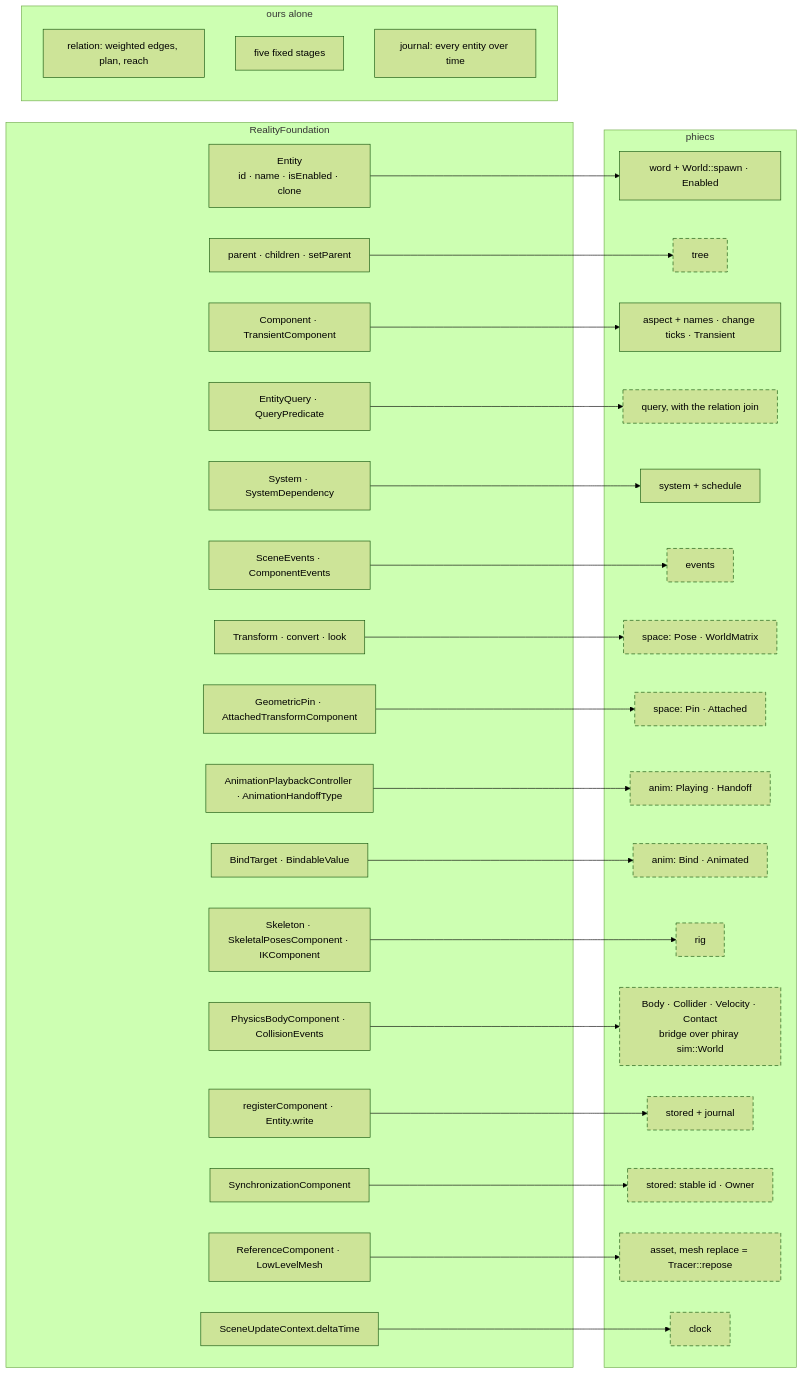
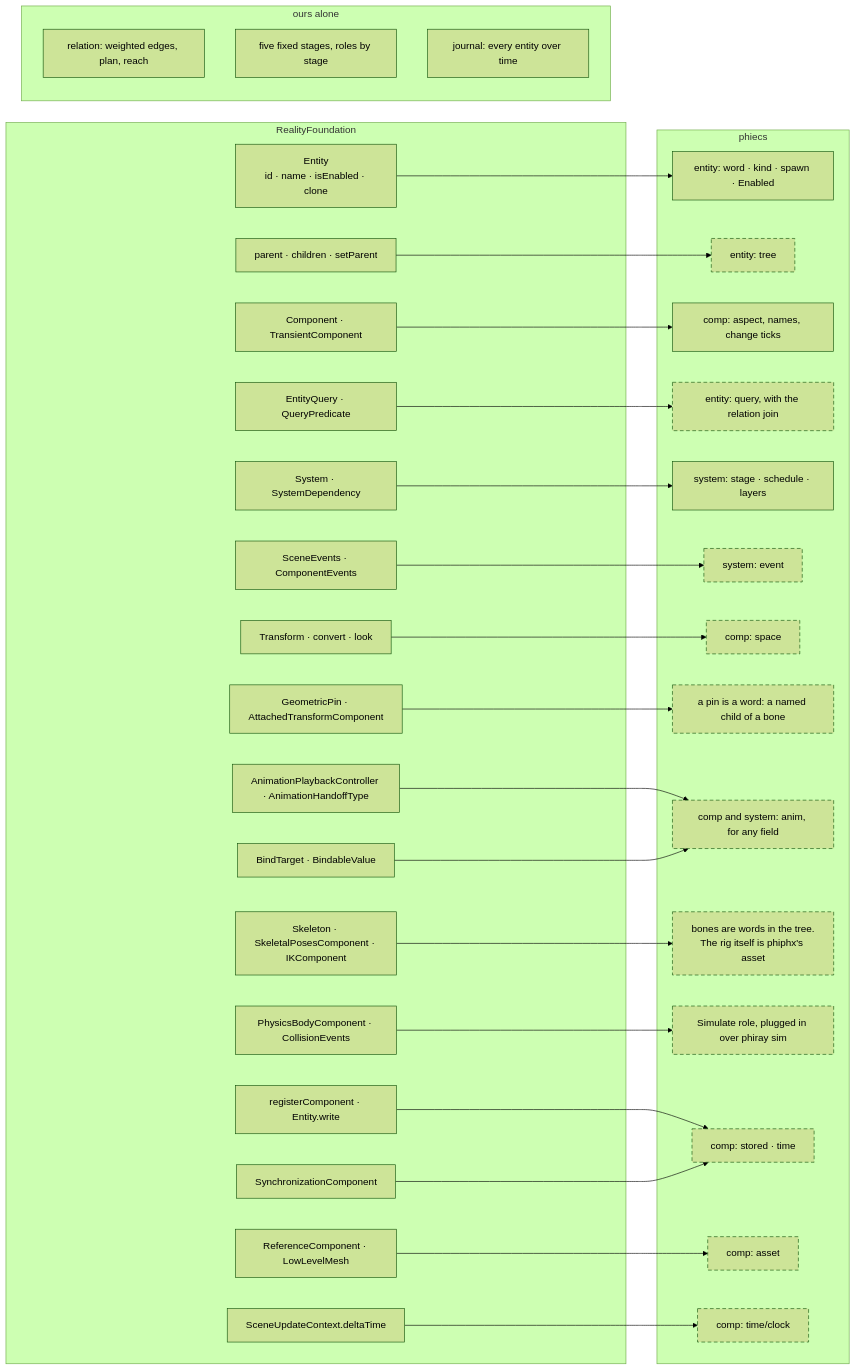
One commit to gemphi/phikit changed the third of 3 diagrams in crates/phicore/phiecs/ARCHITECTURE.md. Above: the diagram before and after it, drawn with Mermaid (forest theme). The commit also changed other lines of this file and 21 other files, not shown here.

````diff
--- a/crates/phicore/phiecs/ARCHITECTURE.md
+++ b/crates/phicore/phiecs/ARCHITECTURE.md
@@ -68,62 +96,60 @@
 ```mermaid
 graph LR
     subgraph apple["RealityFoundation"]
         a_entity["Entity<br/>id · name · isEnabled · clone"]
         a_tree["parent · children · setParent"]
         a_comp["Component · TransientComponent"]
         a_query["EntityQuery · QueryPredicate"]
         a_system["System · SystemDependency"]
         a_events["SceneEvents · ComponentEvents"]
         a_xf["Transform · convert · look"]
         a_pin["GeometricPin · AttachedTransformComponent"]
         a_play["AnimationPlaybackController · AnimationHandoffType"]
         a_bind["BindTarget · BindableValue"]
         a_skel["Skeleton · SkeletalPosesComponent · IKComponent"]
         a_phys["PhysicsBodyComponent · CollisionEvents"]
         a_save["registerComponent · Entity.write"]
         a_sync["SynchronizationComponent"]
         a_ref["ReferenceComponent · LowLevelMesh"]
         a_dt["SceneUpdateContext.deltaTime"]
     end
     subgraph ours["phiecs"]
-        o_word["word + World::spawn · Enabled"]
-        o_tree["tree"]
-        o_aspect["aspect + names · change ticks · Transient"]
-        o_query["query, with the relation join"]
-        o_system["system + schedule"]
-        o_events["events"]
-        o_space["space: Pose · WorldMatrix"]
-        o_pin["space: Pin · Attached"]
-        o_anim["anim: Playing · Handoff"]
-        o_bind["anim: Bind · Animated"]
-        o_rig["rig"]
-        o_bridge["Body · Collider · Velocity · Contact<br/>bridge over phiray sim::World"]
-        o_stored["stored + journal"]
-        o_owner["stored: stable id · Owner"]
-        o_asset["asset, mesh replace = Tracer::repose"]
-        o_clock["clock"]
+        o_word["entity: word · kind · spawn · Enabled"]
+        o_tree["entity: tree"]
+        o_aspect["comp: aspect, names, change ticks"]
+        o_query["entity: query, with the relation join"]
+        o_system["system: stage · schedule · layers"]
+        o_events["system: event"]
+        o_space["comp: space"]
+        o_pin["a pin is a word: a named child of a bone"]
+        o_anim["comp and system: anim, for any field"]
+        o_skel["bones are words in the tree.<br/>The rig itself is phiphx's asset"]
+        o_bridge["Simulate role, plugged in over phiray sim"]
+        o_stored["comp: stored · time"]
+        o_asset["comp: asset"]
+        o_clock["comp: time/clock"]
     end
     subgraph only["ours alone"]
         x_rel["relation: weighted edges, plan, reach"]
-        x_stage["five fixed stages"]
+        x_stage["five fixed stages, roles by stage"]
         x_hist["journal: every entity over time"]
     end
     a_entity --> o_word
     a_tree --> o_tree
     a_comp --> o_aspect
     a_query --> o_query
     a_system --> o_system
     a_events --> o_events
     a_xf --> o_space
     a_pin --> o_pin
     a_play --> o_anim
-    a_bind --> o_bind
-    a_skel --> o_rig
+    a_bind --> o_anim
+    a_skel --> o_skel
     a_phys --> o_bridge
     a_save --> o_stored
-    a_sync --> o_owner
+    a_sync --> o_stored
     a_ref --> o_asset
     a_dt --> o_clock
     classDef plan stroke-dasharray: 6 4;
-    class o_tree,o_query,o_events,o_space,o_pin,o_anim,o_bind,o_rig,o_bridge,o_stored,o_owner,o_asset,o_clock plan;
+    class o_tree,o_query,o_events,o_space,o_pin,o_anim,o_skel,o_bridge,o_stored,o_asset,o_clock plan;
 ```
````
